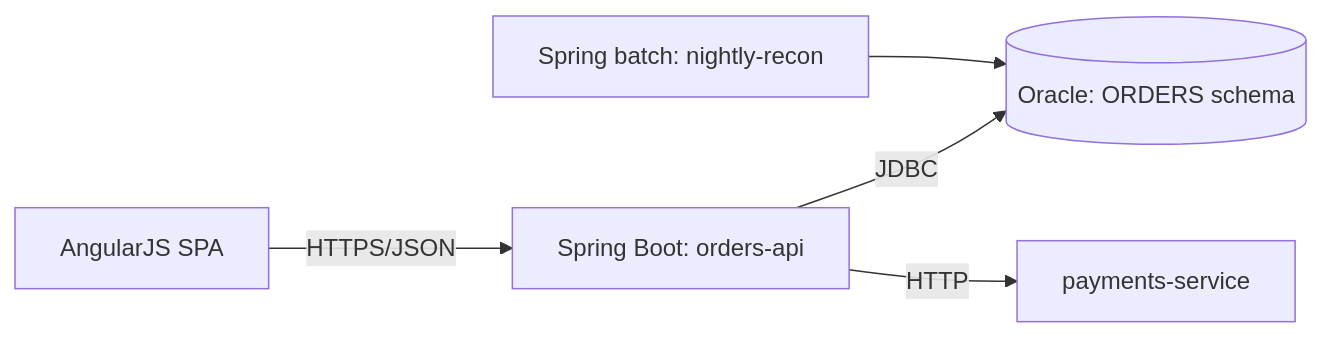
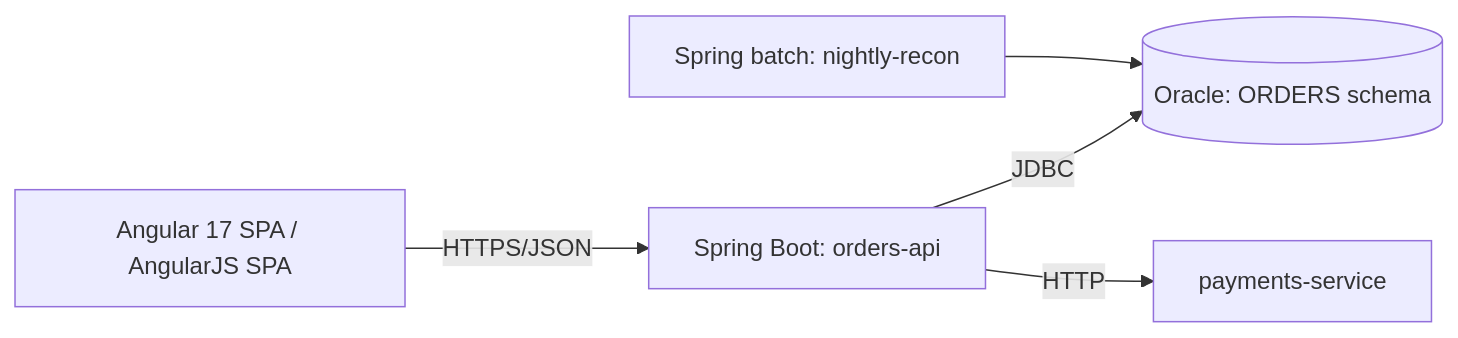
One commit to loganmcleod/legacy-stabilizer changed the first of 2 diagrams in skills/legacy-stabilizer/references/documentation.md. Above: the diagram before and after it, drawn with Mermaid. The commit also changed other lines of this file and 23 other files, not shown here.

````diff
--- a/skills/legacy-stabilizer/references/documentation.md
+++ b/skills/legacy-stabilizer/references/documentation.md
@@ -25,7 +25,7 @@
 ```mermaid
 flowchart LR
-  UI[AngularJS SPA] -->|HTTPS/JSON| API[Spring Boot: orders-api]
+  UI[Angular 17 SPA / AngularJS SPA] -->|HTTPS/JSON| API[Spring Boot: orders-api]
   API -->|JDBC| ORA[(Oracle: ORDERS schema)]
   API -->|HTTP| PAY[payments-service]
   JOB[Spring batch: nightly-recon] --> ORA
 ```
````
